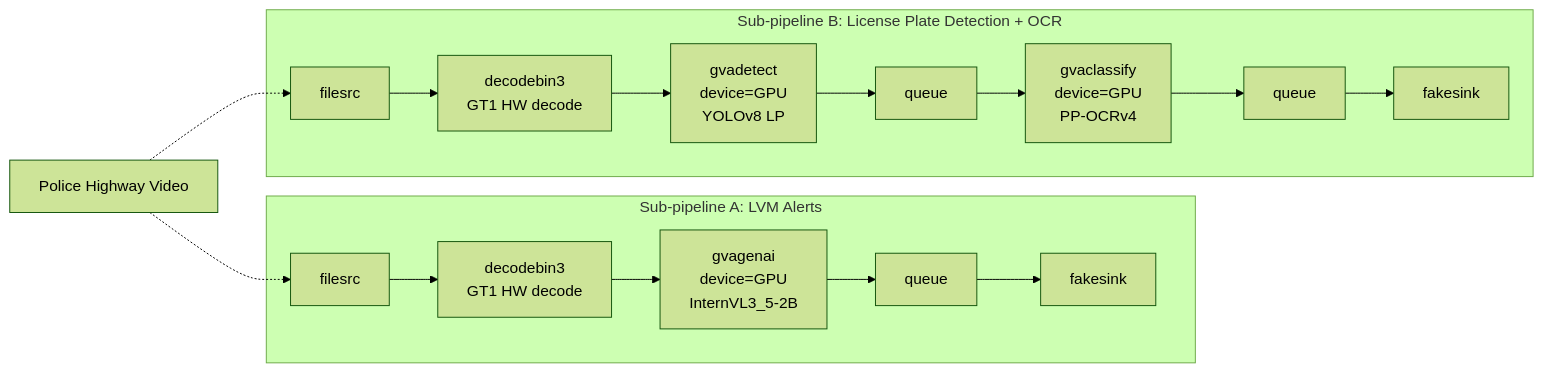
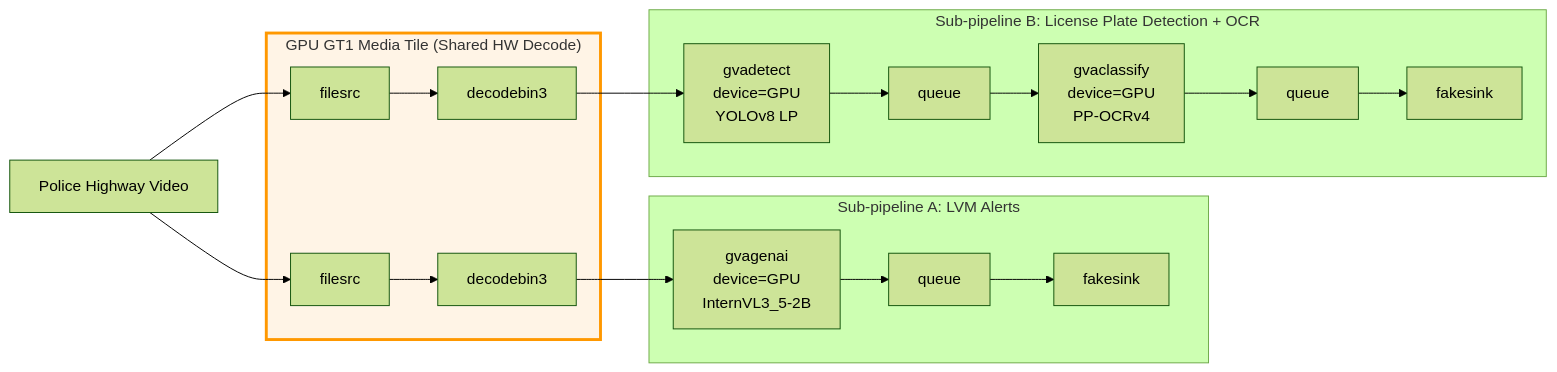
Before and after one commit to open-edge-platform/dlstreamer: the first of 3 diagrams in docs/user-guide/dev_guide/heterogeneous_systems_guide.md, drawn with Mermaid (forest theme). The commit also changed other lines of this file, not shown here.

Commit message:
Update diagrams

````diff
--- a/docs/user-guide/dev_guide/heterogeneous_systems_guide.md
+++ b/docs/user-guide/dev_guide/heterogeneous_systems_guide.md
@@ -231,13 +216,22 @@
 ```mermaid
 flowchart LR
+    Video1["Police Highway Video"]
+    
+    Video1 --> V1A[filesrc]
+    Video1 --> V1B[filesrc]
+    
+    subgraph GT1["GPU GT1 Media Tile (Shared HW Decode)"]
+        V1A --> D1[decodebin3]
+        V1B --> D2[decodebin3]
+    end
+    
     subgraph SubA["Sub-pipeline A: LVM Alerts"]
-        V1A[filesrc] --> D1["decodebin3<br/>GT1 HW decode"] --> LVM["gvagenai<br/>device=GPU<br/>InternVL3_5-2B"] --> Q1[queue] --> F1[fakesink]
+        D1 --> LVM["gvagenai<br/>device=GPU<br/>InternVL3_5-2B"] --> Q1[queue] --> F1[fakesink]
     end
-
+    
     subgraph SubB["Sub-pipeline B: License Plate Detection + OCR"]
-        V1B[filesrc] --> D2["decodebin3<br/>GT1 HW decode"] --> DET["gvadetect<br/>device=GPU<br/>YOLOv8 LP"] --> Q2[queue] --> OCR["gvaclassify<br/>device=GPU<br/>PP-OCRv4"] --> Q3[queue] --> F2[fakesink]
+        D2 --> DET["gvadetect<br/>device=GPU<br/>YOLOv8 LP"] --> Q2[queue] --> OCR["gvaclassify<br/>device=GPU<br/>PP-OCRv4"] --> Q3[queue] --> F2[fakesink]
     end
-
-    Video1["Police Highway Video"] -.-> V1A
-    Video1 -.-> V1B
+    
+    style GT1 fill:#fff4e6,stroke:#ff9800,stroke-width:3px
 ```
````
